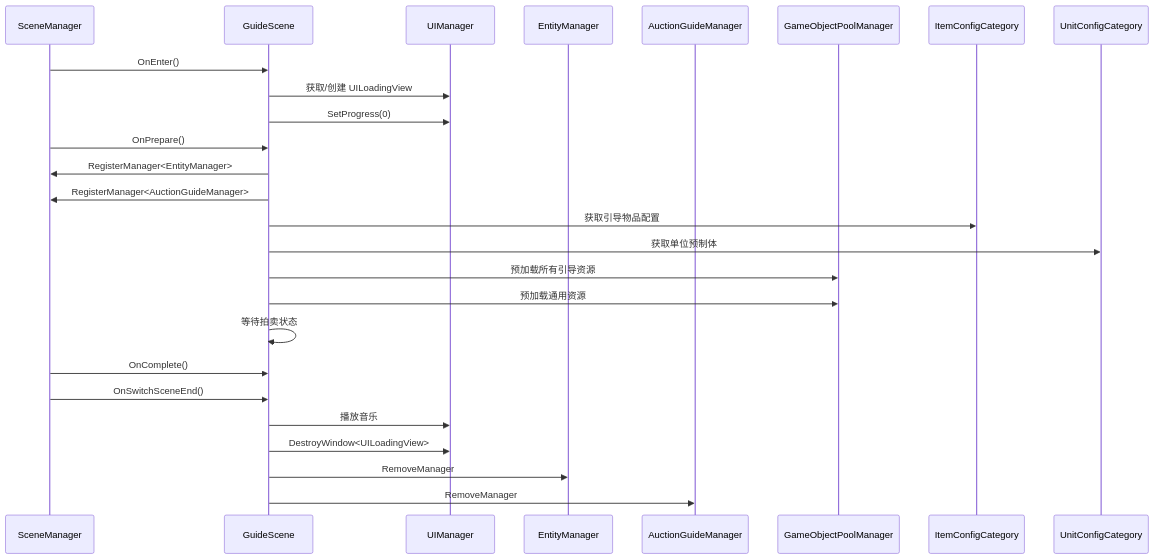
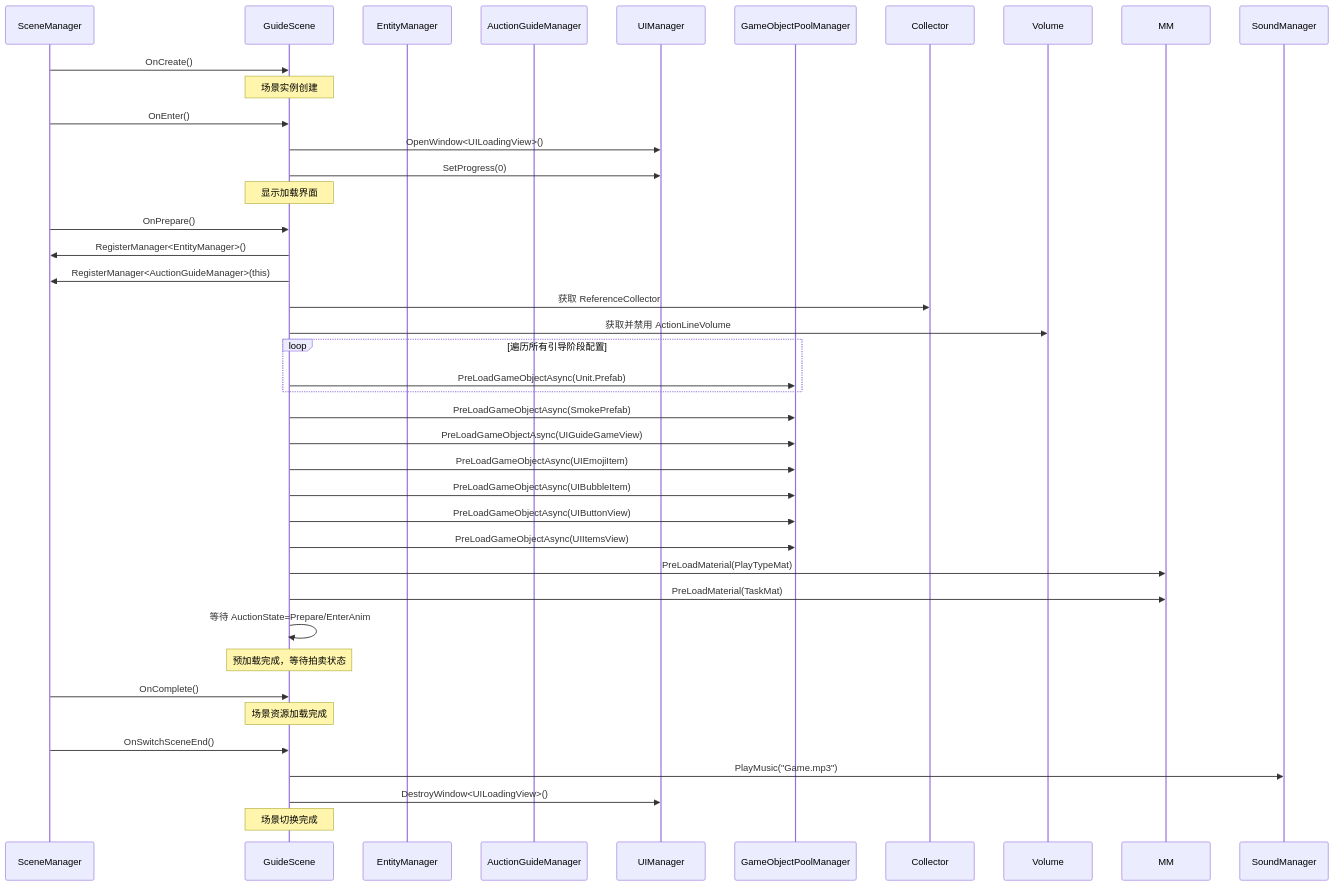
One commit to acsta/Container changed the first of 2 diagrams in Assets/Scripts/Code/Game/Scene/Map/GuideScene.cs.md. Above: the diagram before and after it, drawn with Mermaid. The commit also changed other lines of this file and 21 other files, not shown here.

````diff
--- a/Assets/Scripts/Code/Game/Scene/Map/GuideScene.cs.md
+++ b/Assets/Scripts/Code/Game/Scene/Map/GuideScene.cs.md
@@ -273,32 +88,47 @@
 ```mermaid
 sequenceDiagram
     participant SM as SceneManager
     participant GS as GuideScene
-    participant UM as UIManager
     participant EM as EntityManager
     participant AGM as AuctionGuideManager
-    participant GM as GameObjectPoolManager
-    participant IC as ItemConfigCategory
-    participant UC as UnitConfigCategory
+    participant UM as UIManager
+    participant GPM as GameObjectPoolManager
 
+    SM->>GS: OnCreate()
+    Note over GS: 场景实例创建
+    
     SM->>GS: OnEnter()
-    GS->>UM: 获取/创建 UILoadingView
+    GS->>UM: OpenWindow<UILoadingView>()
     GS->>UM: SetProgress(0)
-
+    Note over GS: 显示加载界面
+    
     SM->>GS: OnPrepare()
-    GS->>SM: RegisterManager<EntityManager>
-    GS->>SM: RegisterManager<AuctionGuideManager>
-    GS->>IC: 获取引导物品配置
-    GS->>UC: 获取单位预制体
-    GS->>GM: 预加载所有引导资源
-    GS->>GM: 预加载通用资源
-    GS->>GS: 等待拍卖状态
-
+    GS->>SM: RegisterManager<EntityManager>()
+    GS->>SM: RegisterManager<AuctionGuideManager>(this)
+    GS->>Collector: 获取 ReferenceCollector
+    GS->>Volume: 获取并禁用 ActionLineVolume
+    
+    loop 遍历所有引导阶段配置
+        GS->>GPM: PreLoadGameObjectAsync(Unit.Prefab)
+    end
+    
+    GS->>GPM: PreLoadGameObjectAsync(SmokePrefab)
+    GS->>GPM: PreLoadGameObjectAsync(UIGuideGameView)
+    GS->>GPM: PreLoadGameObjectAsync(UIEmojiItem)
+    GS->>GPM: PreLoadGameObjectAsync(UIBubbleItem)
+    GS->>GPM: PreLoadGameObjectAsync(UIButtonView)
+    GS->>GPM: PreLoadGameObjectAsync(UIItemsView)
+    GS->>MM: PreLoadMaterial(PlayTypeMat)
+    GS->>MM: PreLoadMaterial(TaskMat)
+    
+    GS->>GS: 等待 AuctionState=Prepare/EnterAnim
+    Note over GS: 预加载完成，等待拍卖状态
+    
     SM->>GS: OnComplete()
-
+    Note over GS: 场景资源加载完成
+    
     SM->>GS: OnSwitchSceneEnd()
-    GS->>UM: 播放音乐
-    GS->>UM: DestroyWindow<UILoadingView>
-    GS->>EM: RemoveManager
-    GS->>AGM: RemoveManager
+    GS->>SoundManager: PlayMusic("Game.mp3")
+    GS->>UM: DestroyWindow<UILoadingView>()
+    Note over GS: 场景切换完成
 ```
````
